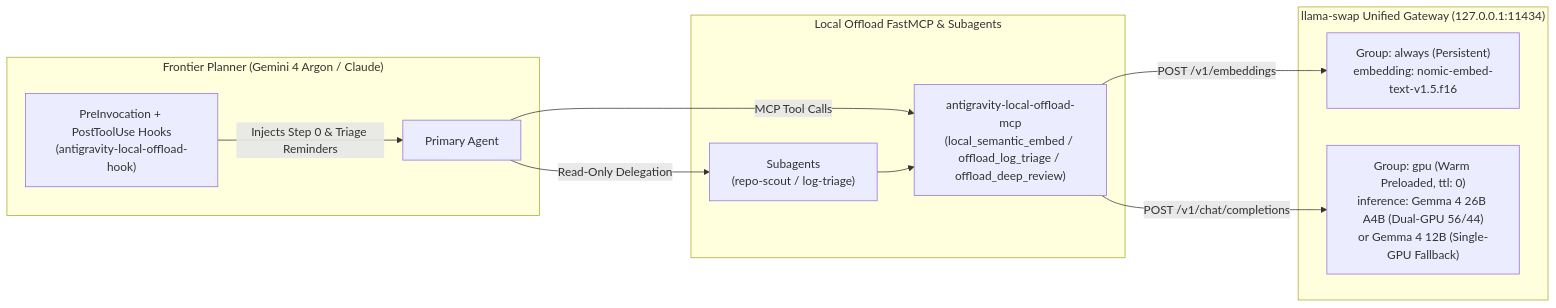
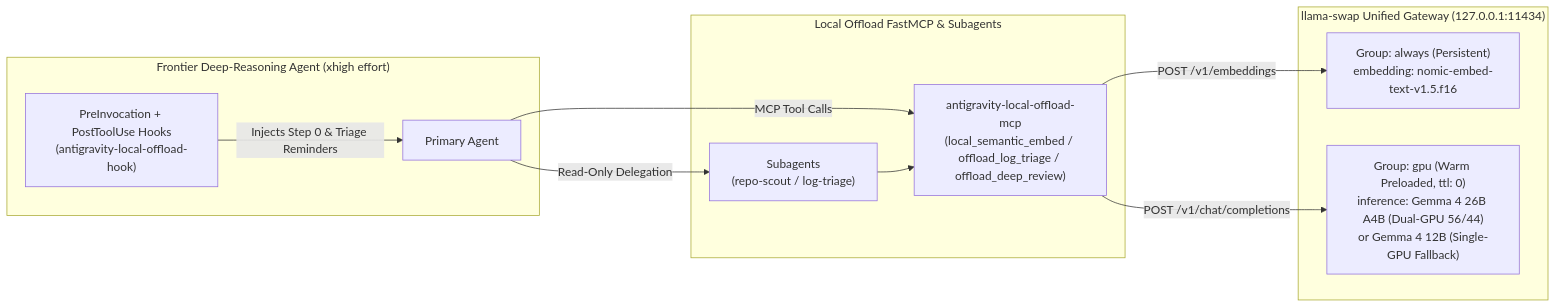
Before and after one commit to AndrewK4758/CADENCE: the diagram in README.md, drawn with Mermaid. The commit also changed other lines of this file and 6 other files, not shown here.

````diff
--- a/README.md
+++ b/README.md
@@ -110,24 +110,24 @@
 ```mermaid
 flowchart LR
-    subgraph Frontier["Frontier Planner (Gemini 4 Argon / Claude)"]
+    subgraph Frontier["Frontier Deep-Reasoning Agent (xhigh effort)"]
         A["Primary Agent"]
         H["PreInvocation + PostToolUse Hooks\n(antigravity-local-offload-hook)"]
     end
 
     subgraph Offload["Local Offload FastMCP & Subagents"]
         M["antigravity-local-offload-mcp\n(local_semantic_embed / offload_log_triage / offload_deep_review)"]
         S["Subagents\n(repo-scout / log-triage)"]
     end
 
     subgraph Gateway["llama-swap Unified Gateway (127.0.0.1:11434)"]
         E["Group: always (Persistent)\nembedding: nomic-embed-text-v1.5.f16"]
         I["Group: gpu (Warm Preloaded, ttl: 0)\ninference: Gemma 4 26B A4B (Dual-GPU 56/44)\nor Gemma 4 12B (Single-GPU Fallback)"]
     end
 
     H -->|"Injects Step 0 & Triage Reminders"| A
     A -->|"MCP Tool Calls"| M
     A -->|"Read-Only Delegation"| S
     S --> M
     M -->|"POST /v1/embeddings"| E
     M -->|"POST /v1/chat/completions"| I
 ```
````
